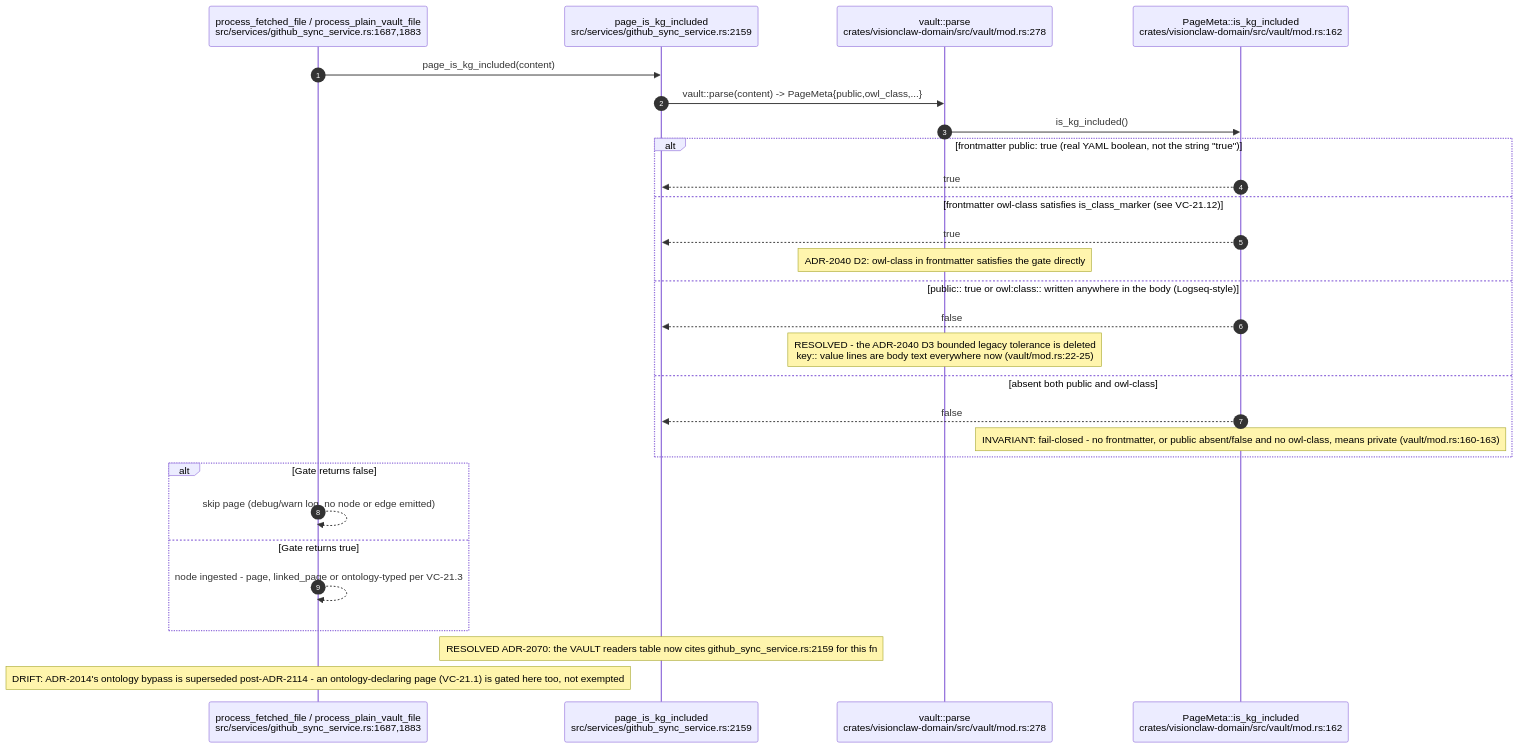
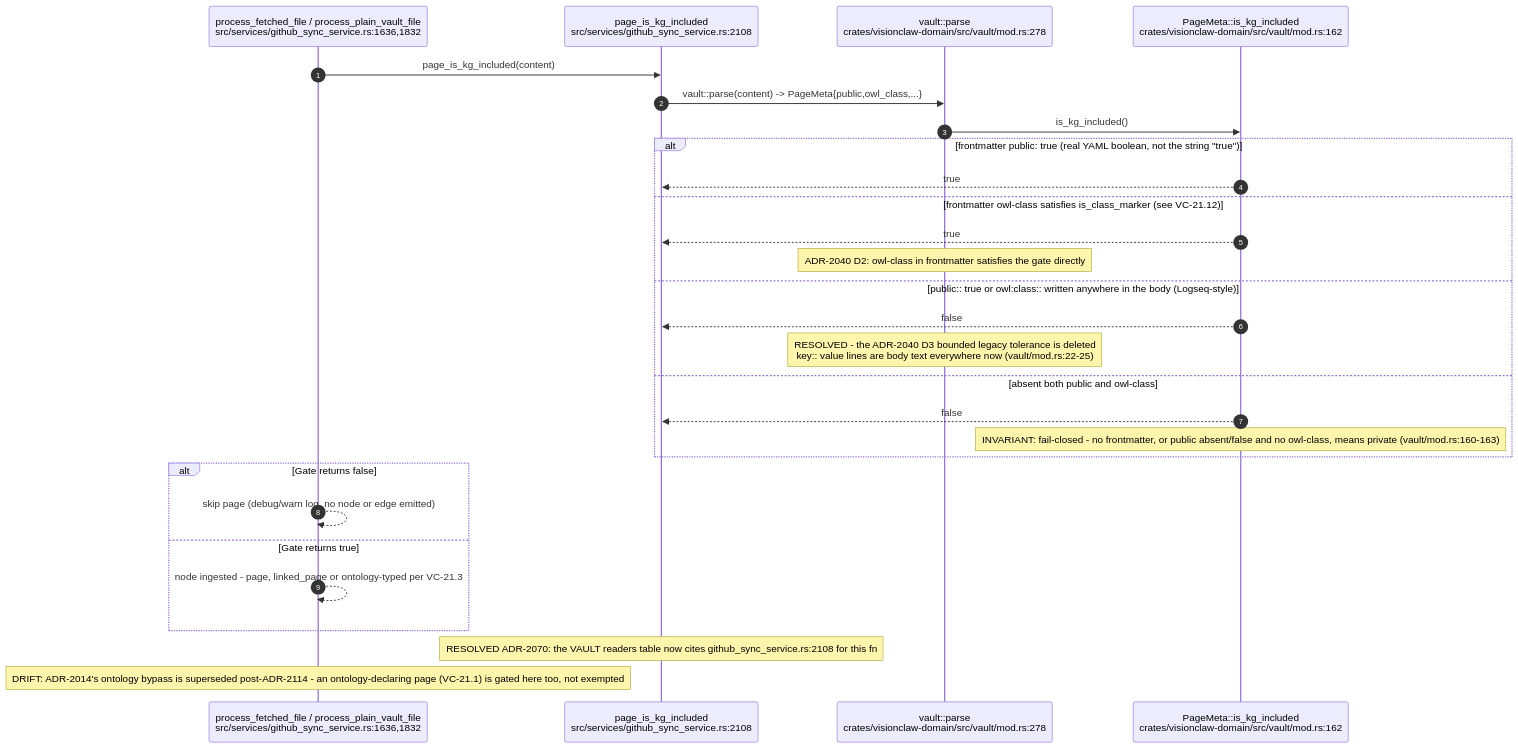
One commit to DreamLab-AI/VisionFlow changed the second of 5 diagrams in docs/diagrams/visionclaw/21-corpus-ingest-and-vault.md. Above: the diagram before and after it, drawn with Mermaid. The commit also changed other lines of this file and 111 other files, not shown here.

Commit message:
docs(diagrams): align estate maps with current source

````diff
--- a/docs/diagrams/visionclaw/21-corpus-ingest-and-vault.md
+++ b/docs/diagrams/visionclaw/21-corpus-ingest-and-vault.md
@@ -95,31 +95,31 @@
 ```mermaid
 sequenceDiagram
     autonumber
-    participant Caller as process_fetched_file / process_plain_vault_file<br/>src/services/github_sync_service.rs:1687,1883
-    participant Gate as page_is_kg_included<br/>src/services/github_sync_service.rs:2159
+    participant Caller as process_fetched_file / process_plain_vault_file<br/>src/services/github_sync_service.rs:1636,1832
+    participant Gate as page_is_kg_included<br/>src/services/github_sync_service.rs:2108
     participant Vault as vault::parse<br/>crates/visionclaw-domain/src/vault/mod.rs:278
     participant PM as PageMeta::is_kg_included<br/>crates/visionclaw-domain/src/vault/mod.rs:162
 
     Caller->>Gate: page_is_kg_included(content)
     Gate->>Vault: vault::parse(content) -> PageMeta{public,owl_class,...}
     Vault->>PM: is_kg_included()
     alt frontmatter public: true (real YAML boolean, not the string "true")
         PM-->>Gate: true
     else frontmatter owl-class satisfies is_class_marker (see VC-21.12)
         PM-->>Gate: true
         Note over Vault: ADR-2040 D2: owl-class in frontmatter satisfies the gate directly
     else public:: true or owl:class:: written anywhere in the body (Logseq-style)
         PM-->>Gate: false
         Note over Vault: RESOLVED - the ADR-2040 D3 bounded legacy tolerance is deleted<br/>key:: value lines are body text everywhere now (vault/mod.rs:22-25)
     else absent both public and owl-class
         PM-->>Gate: false
         Note over PM: INVARIANT: fail-closed - no frontmatter, or public absent/false and no owl-class, means private (vault/mod.rs:160-163)
     end
     alt Gate returns false
         Caller-->>Caller: skip page (debug/warn log, no node or edge emitted)
     else Gate returns true
         Caller-->>Caller: node ingested - page, linked_page or ontology-typed per VC-21.3
     end
-    Note over Gate: RESOLVED ADR-2070: the VAULT readers table now cites github_sync_service.rs:2159 for this fn
+    Note over Gate: RESOLVED ADR-2070: the VAULT readers table now cites github_sync_service.rs:2108 for this fn
     Note over Caller: DRIFT: ADR-2014's ontology bypass is superseded post-ADR-2114 - an ontology-declaring page (VC-21.1) is gated here too, not exempted
 ```
````
